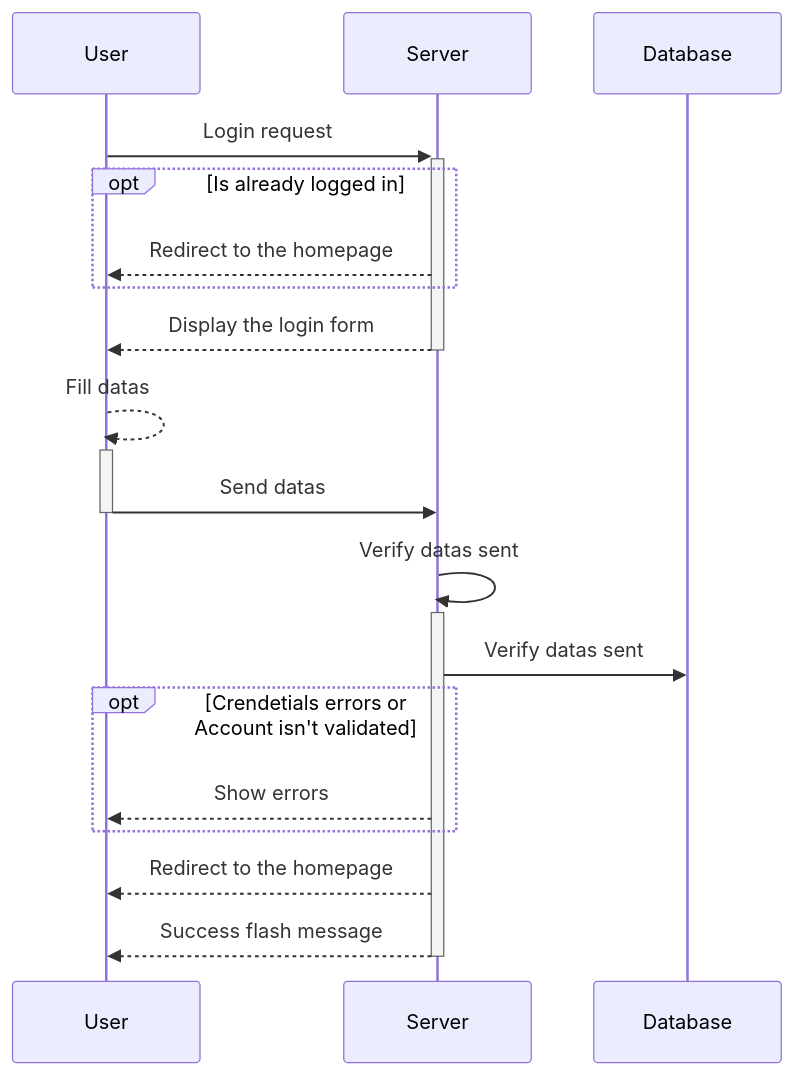
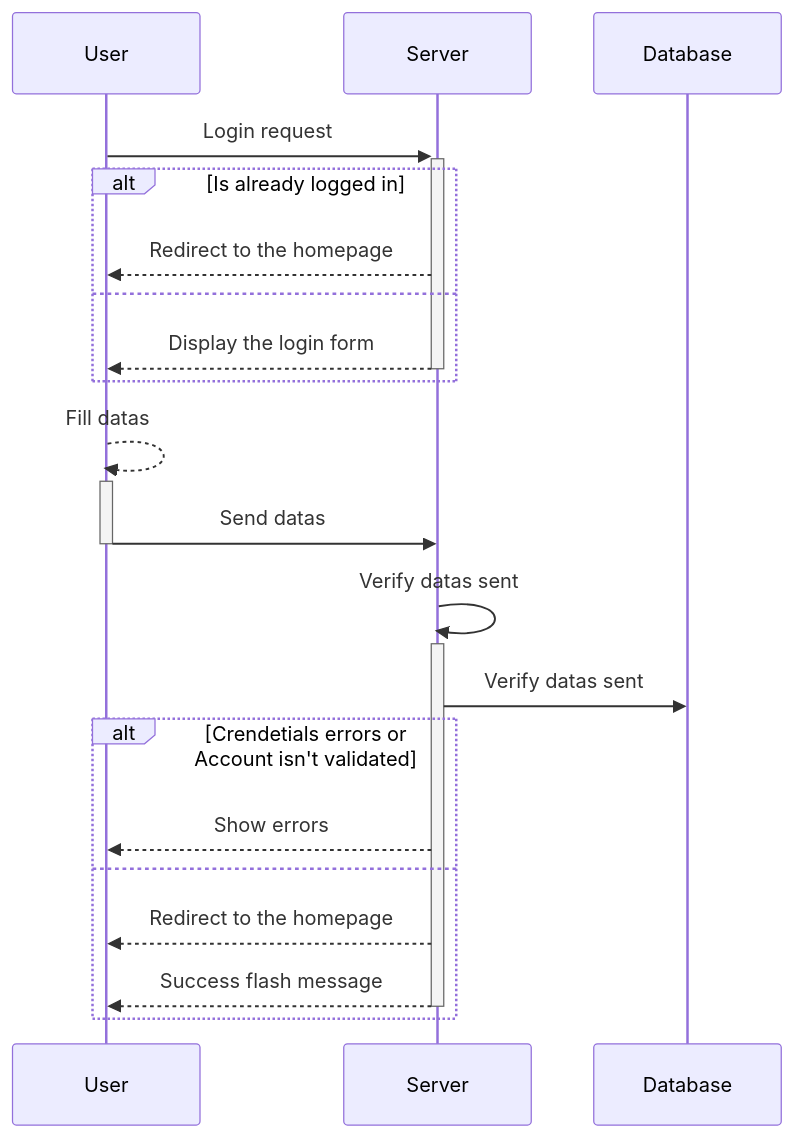
The diagram in docs/sequence/authentication/login.md (acecconato/AnthonyCecconato_6_01102022), drawn with Mermaid before and after one commit. The commit also changed 15 other files, not shown here.

Commit message:
Update diagrams

````diff
--- a/docs/sequence/authentication/login.md
+++ b/docs/sequence/authentication/login.md
@@ -1,24 +1,23 @@
 ```mermaid
 sequenceDiagram
     User ->>+ Server: Login request
 
-    opt Is already logged in 
+    alt Is already logged in 
         Server -->> User: Redirect to the homepage
+    else
+        Server -->>- User: Display the login form
     end
-
-    Server -->>- User: Display the login form
 
     User -->>+ User: Fill datas
     User ->>- Server: Send datas
 
     Server ->>+ Server: Verify datas sent
     Server ->> Database: Verify datas sent
 
-
-    opt Crendetials errors or Account isn't validated
+    alt Crendetials errors or Account isn't validated
         Server -->> User: Show errors
-    end
-
-    Server -->> User: Redirect to the homepage
-    Server -->>- User: Success flash message
+    else
+        Server -->> User: Redirect to the homepage
+        Server -->>- User: Success flash message
+    end    
 ```
````
